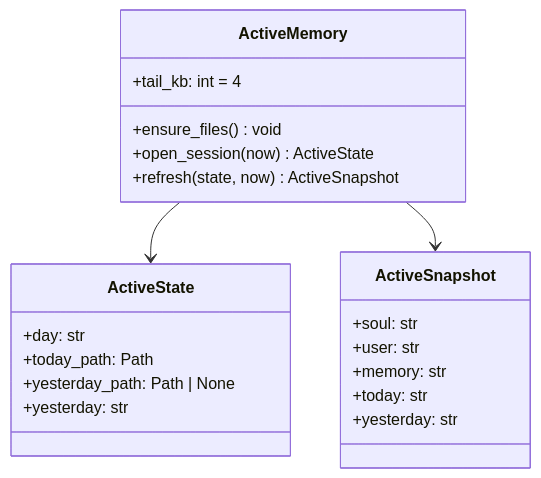
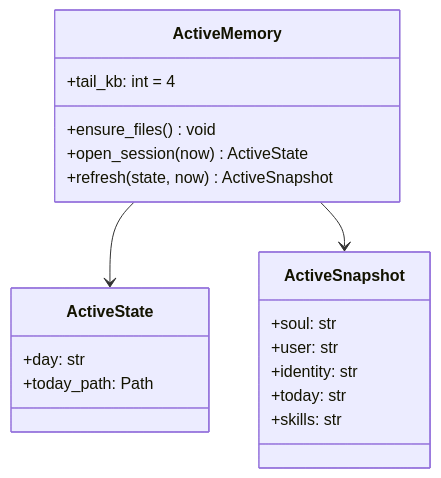
The diagram in .agents/plans/services/memory.md (Flowerf19/thyca-ai), drawn with Mermaid before and after one commit. The commit also changed other lines of this file and 13 other files, not shown here.

````diff
--- a/.agents/plans/services/memory.md
+++ b/.agents/plans/services/memory.md
@@ -28,24 +28,22 @@
 ```mermaid
 classDiagram
     class ActiveMemory {
         +tail_kb: int = 4
         +ensure_files() void
         +open_session(now) ActiveState
         +refresh(state, now) ActiveSnapshot
     }
     class ActiveState {
         +day: str
         +today_path: Path
-        +yesterday_path: Path | None
-        +yesterday: str
     }
     class ActiveSnapshot {
         +soul: str
         +user: str
-        +memory: str
+        +identity: str
         +today: str
-        +yesterday: str
+        +skills: str
     }
     ActiveMemory --> ActiveState
     ActiveMemory --> ActiveSnapshot
 ```
````
